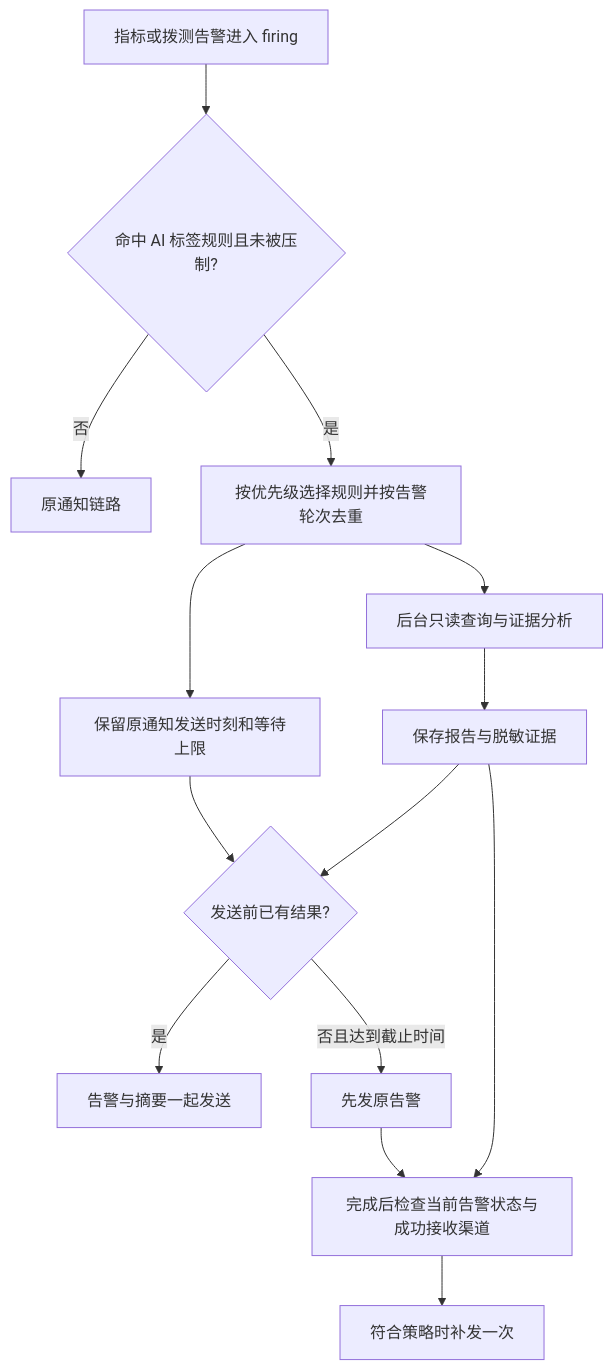
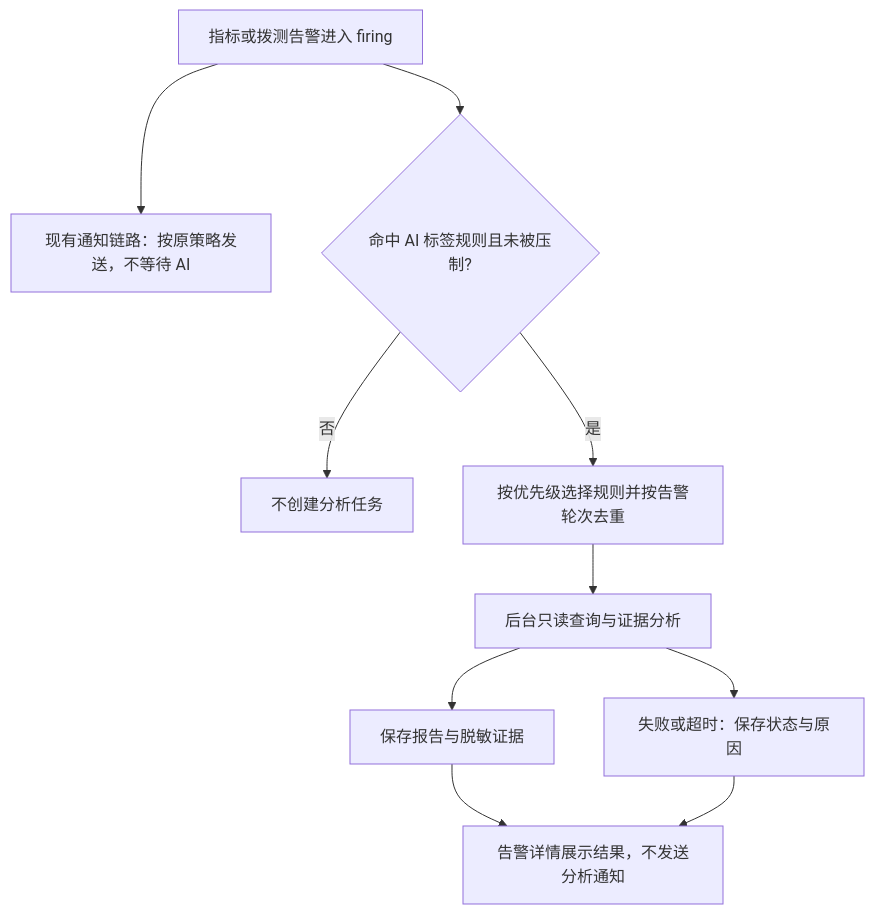
The diagram in docs/architecture/alert-ai-analysis-design.md (darianJmy/guanlan-ops), drawn with Mermaid before and after one commit. The commit also changed other lines of this file and 37 other files, not shown here.

````diff
--- a/docs/architecture/alert-ai-analysis-design.md
+++ b/docs/architecture/alert-ai-analysis-design.md
@@ -21,16 +50,12 @@
 ```mermaid
 flowchart TD
-    A[指标或拨测告警进入 firing] --> B{命中 AI 标签规则且未被压制?}
-    B -- 否 --> N[原通知链路]
+    A[指标或拨测告警进入 firing] --> N[现有通知链路：按原策略发送，不等待 AI]
+    A --> B{命中 AI 标签规则且未被压制?}
+    B -- 否 --> X[不创建分析任务]
     B -- 是 --> C[按优先级选择规则并按告警轮次去重]
     C --> D[后台只读查询与证据分析]
-    C --> E[保留原通知发送时刻和等待上限]
     D --> F[保存报告与脱敏证据]
-    E --> G{发送前已有结果?}
-    F --> G
-    G -- 是 --> H[告警与摘要一起发送]
-    G -- 否且达到截止时间 --> I[先发原告警]
-    I --> J[完成后检查当前告警状态与成功接收渠道]
-    F --> J
-    J --> K[符合策略时补发一次]
+    D --> E[失败或超时：保存状态与原因]
+    F --> G[告警详情展示结果，不发送分析通知]
+    E --> G
 ```
````
